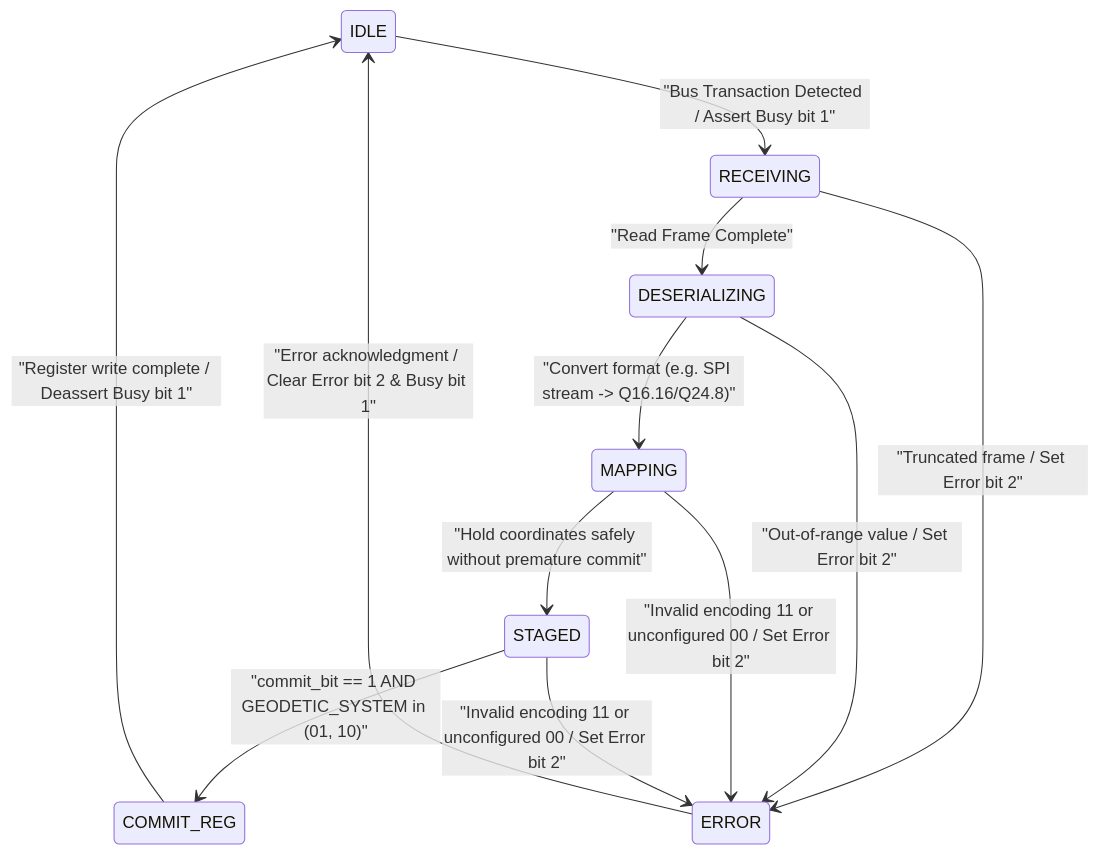
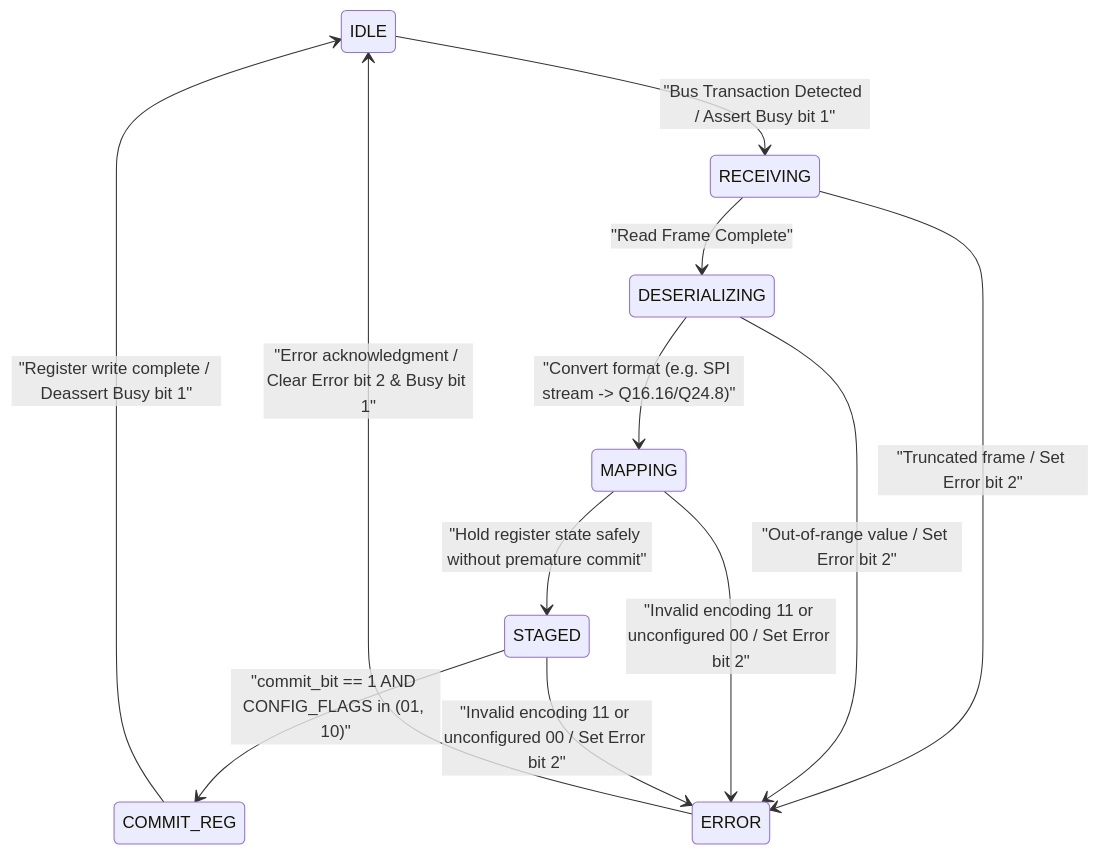
The second of 2 diagrams in docs/feat-hardware-decoupled-persistence-design.md (gintatkinson/digital-pipeline-repo), drawn with Mermaid before and after one commit. The commit also changed other lines of this file and 7 other files, not shown here.

Commit message:
refactor(upstream): purge domain schema & spec contamination, restore 100% domain neutrality

````diff
--- a/docs/feat-hardware-decoupled-persistence-design.md
+++ b/docs/feat-hardware-decoupled-persistence-design.md
@@ -98,14 +96,14 @@
 ```mermaid
 stateDiagram-v2
     IDLE --> RECEIVING : "Bus Transaction Detected / Assert Busy bit 1"
     RECEIVING --> DESERIALIZING : "Read Frame Complete"
     DESERIALIZING --> MAPPING : "Convert format (e.g. SPI stream -> Q16.16/Q24.8)"
-    MAPPING --> STAGED : "Hold coordinates safely without premature commit"
-    STAGED --> COMMIT_REG : "commit_bit == 1 AND GEODETIC_SYSTEM in (01, 10)"
+    MAPPING --> STAGED : "Hold register state safely without premature commit"
+    STAGED --> COMMIT_REG : "commit_bit == 1 AND CONFIG_FLAGS in (01, 10)"
     COMMIT_REG --> IDLE : "Register write complete / Deassert Busy bit 1"
     RECEIVING --> ERROR : "Truncated frame / Set Error bit 2"
     DESERIALIZING --> ERROR : "Out-of-range value / Set Error bit 2"
     MAPPING --> ERROR : "Invalid encoding 11 or unconfigured 00 / Set Error bit 2"
     STAGED --> ERROR : "Invalid encoding 11 or unconfigured 00 / Set Error bit 2"
     ERROR --> IDLE : "Error acknowledgment / Clear Error bit 2 & Busy bit 1"
 ```
````
